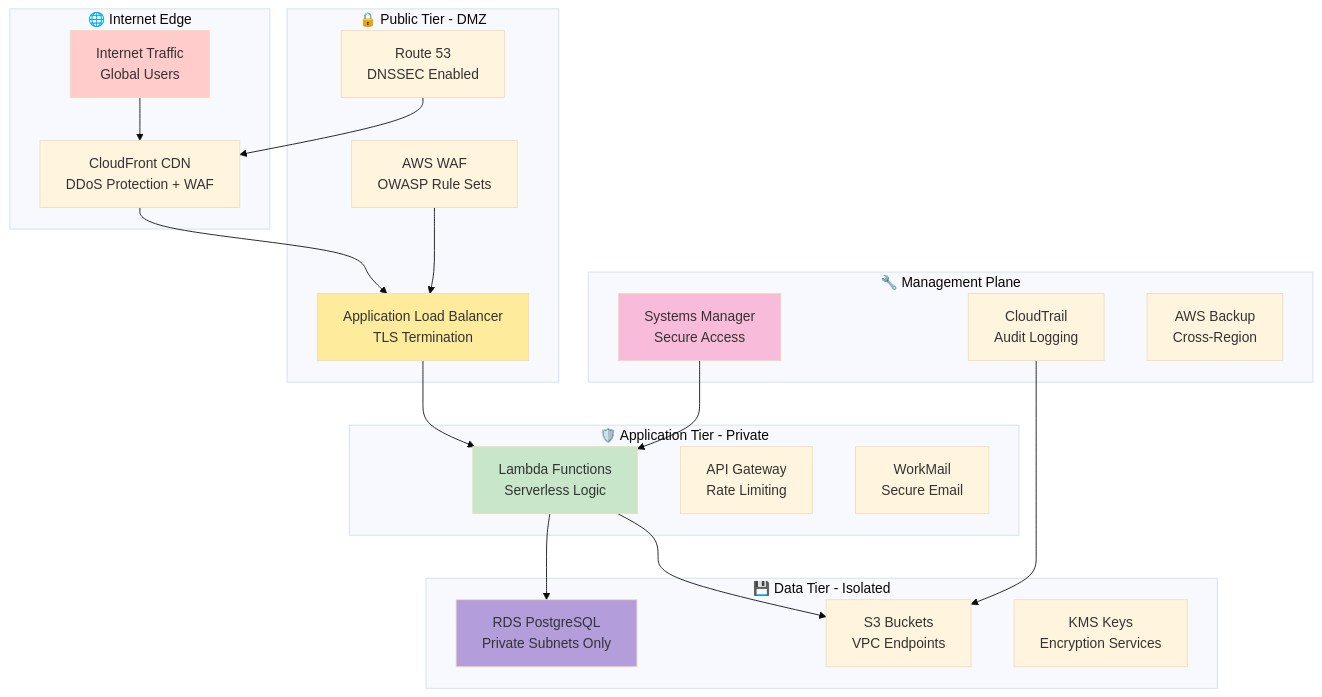
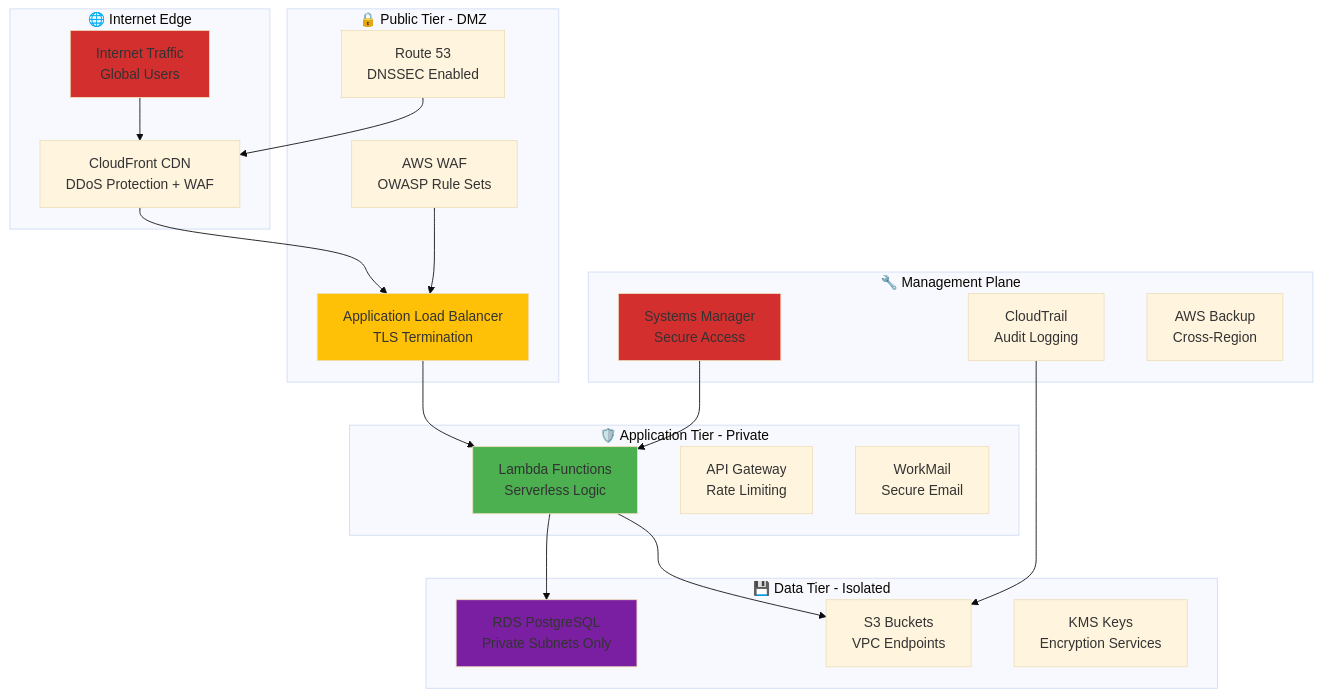
One commit to Hack23/ISMS-PUBLIC changed the first of 7 diagrams in Network_Security_Policy.md. Above: the diagram before and after it, drawn with Mermaid (base theme). The commit also changed other lines of this file and 35 other files, not shown here.

````diff
--- a/Network_Security_Policy.md
+++ b/Network_Security_Policy.md
@@ -59,49 +59,49 @@
 ```mermaid
 flowchart TB
     subgraph "🌐 Internet Edge"
         INTERNET[Internet Traffic<br/>Global Users]
         CLOUDFRONT[CloudFront CDN<br/>DDoS Protection + WAF]
     end
     
     subgraph "🔒 Public Tier - DMZ"
         ALB[Application Load Balancer<br/>TLS Termination]
         WAF[AWS WAF<br/>OWASP Rule Sets]
         ROUTE53[Route 53<br/>DNSSEC Enabled]
     end
     
     subgraph "🛡️ Application Tier - Private"
         LAMBDA[Lambda Functions<br/>Serverless Logic]
         API[API Gateway<br/>Rate Limiting]
         WORKMAIL[WorkMail<br/>Secure Email]
     end
     
     subgraph "💾 Data Tier - Isolated"
         RDS[RDS PostgreSQL<br/>Private Subnets Only]
         S3[S3 Buckets<br/>VPC Endpoints]
         KMS[KMS Keys<br/>Encryption Services]
     end
     
     subgraph "🔧 Management Plane"
         SSM[Systems Manager<br/>Secure Access]
         CLOUDTRAIL[CloudTrail<br/>Audit Logging]
         BACKUP[AWS Backup<br/>Cross-Region]
     end
     
     INTERNET --> CLOUDFRONT
     CLOUDFRONT --> ALB
     ALB --> LAMBDA
     LAMBDA --> RDS
     LAMBDA --> S3
     
     WAF --> ALB
     ROUTE53 --> CLOUDFRONT
     
     SSM --> LAMBDA
     CLOUDTRAIL --> S3
     
-    style INTERNET fill:#ffcccb
-    style ALB fill:#ffeb9c
-    style LAMBDA fill:#c8e6c9
-    style RDS fill:#b39ddb
-    style SSM fill:#f8bbd9
+    style INTERNET fill:#D32F2F
+    style ALB fill:#FFC107
+    style LAMBDA fill:#4CAF50
+    style RDS fill:#7B1FA2
+    style SSM fill:#D32F2F
 ```
````
